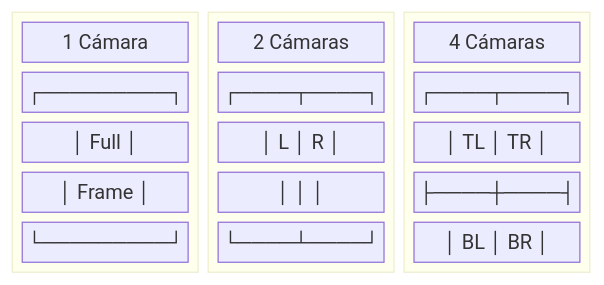
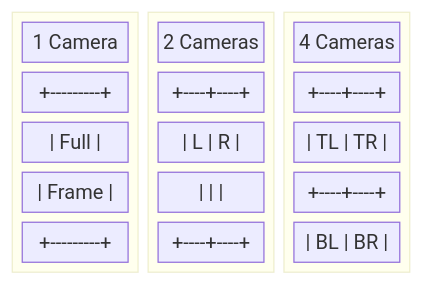
One commit to aka-titesen/vaaet changed the second of 2 diagrams in Docs/diagrams/multi-camera-layout.md. Above: the diagram before and after it, drawn with Mermaid. The commit also changed other lines of this file and 44 other files, not shown here.

````diff
--- a/Docs/diagrams/multi-camera-layout.md
+++ b/Docs/diagrams/multi-camera-layout.md
@@ -32,31 +32,31 @@
 ```mermaid
 block-beta
     columns 3
     
     block:single:1
         columns 1
-        s1["1 Cámara"]
-        s2["┌─────────┐"]
-        s3["│  Full   │"]
-        s4["│  Frame  │"]
-        s5["└─────────┘"]
+        s1["1 Camera"]
+        s2["+---------+"]
+        s3["|  Full   |"]
+        s4["|  Frame  |"]
+        s5["+---------+"]
     end
     
     block:dual:1
         columns 1
-        d1["2 Cámaras"]
-        d2["┌────┬────┐"]
-        d3["│ L  │ R  │"]
-        d4["│    │    │"]
-        d5["└────┴────┘"]
+        d1["2 Cameras"]
+        d2["+----+----+"]
+        d3["| L  | R  |"]
+        d4["|    |    |"]
+        d5["+----+----+"]
     end
     
     block:quad:1
         columns 1
-        q1["4 Cámaras"]
-        q2["┌────┬────┐"]
-        q3["│ TL │ TR │"]
-        q4["├────┼────┤"]
-        q5["│ BL │ BR │"]
+        q1["4 Cameras"]
+        q2["+----+----+"]
+        q3["| TL | TR |"]
+        q4["+----+----+"]
+        q5["| BL | BR |"]
     end
 ```
````
